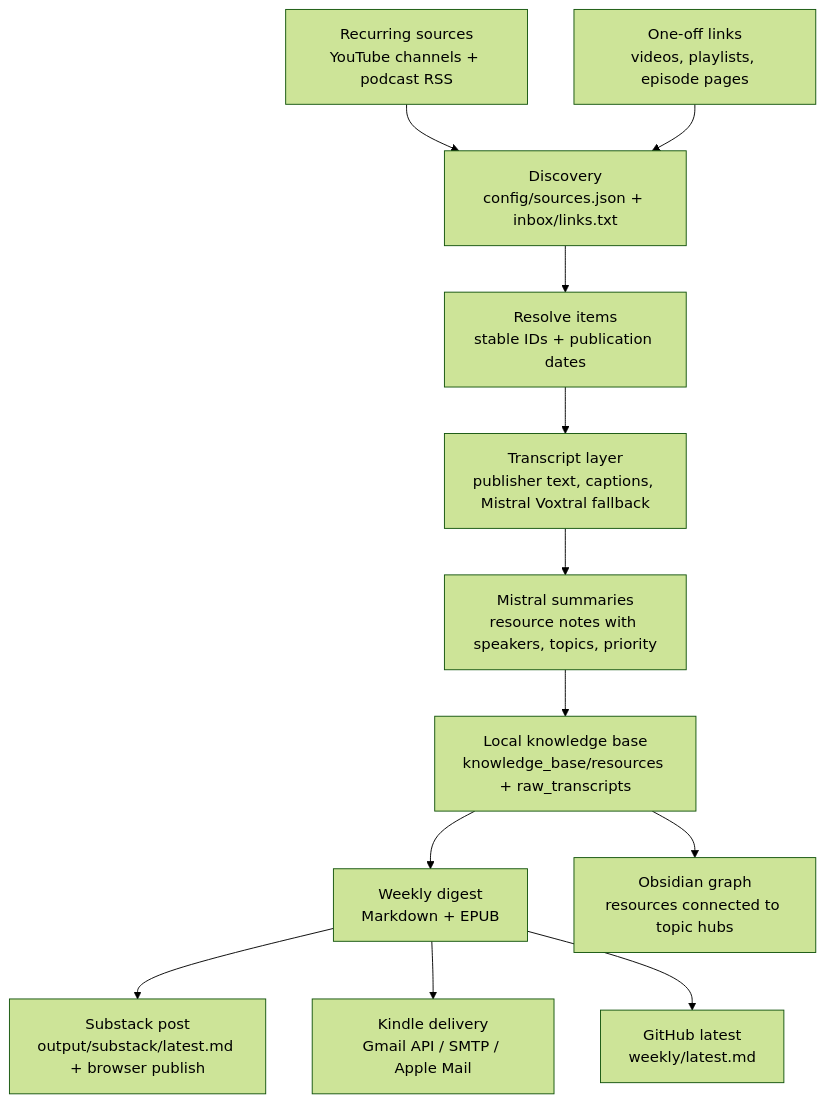
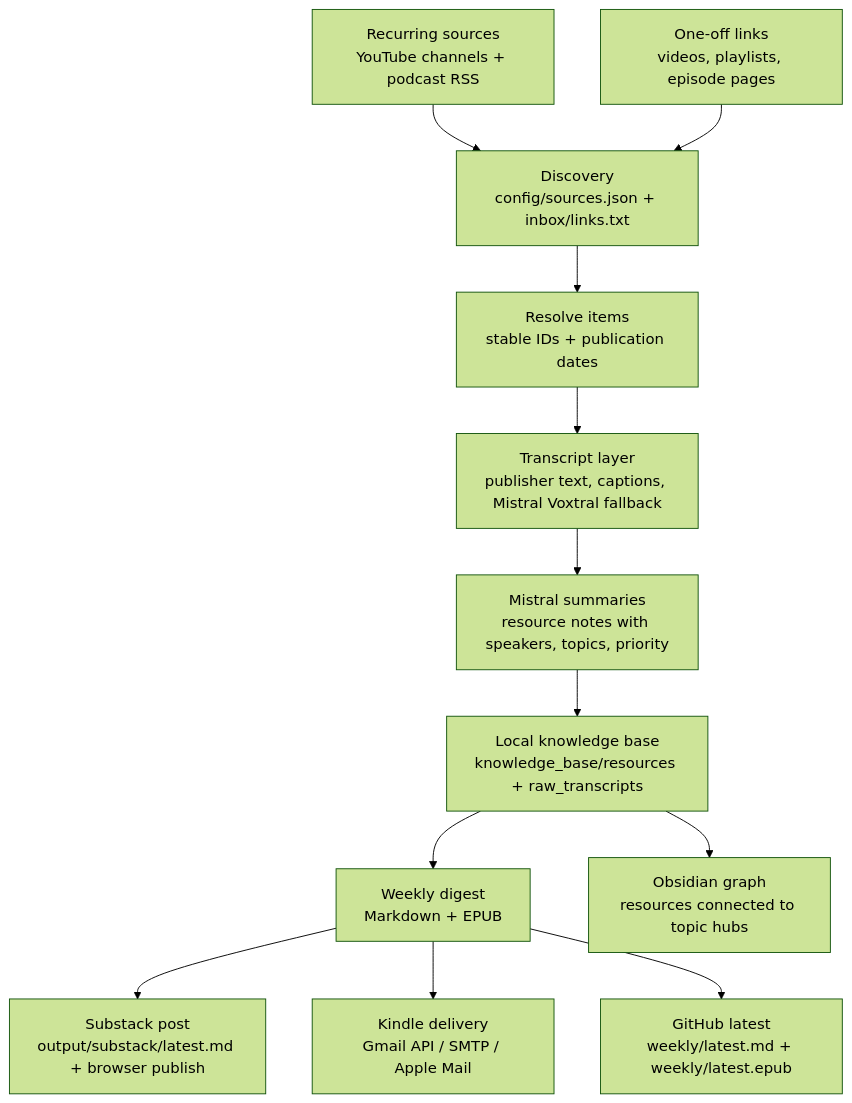
The diagram in README.md (sophiamyang/ai-weekly-reads), drawn with Mermaid (forest theme) before and after one commit. The commit also changed other lines of this file and 7 other files, not shown here.

Commit message:
Track latest weekly EPUB

````diff
--- a/README.md
+++ b/README.md
@@ -42,14 +43,14 @@
 ```mermaid
 flowchart TD
     A["Recurring sources\nYouTube channels + podcast RSS"] --> C["Discovery\nconfig/sources.json + inbox/links.txt"]
     B["One-off links\nvideos, playlists, episode pages"] --> C
     C --> D["Resolve items\nstable IDs + publication dates"]
     D --> E["Transcript layer\npublisher text, captions, Mistral Voxtral fallback"]
     E --> F["Mistral summaries\nresource notes with speakers, topics, priority"]
     F --> G["Local knowledge base\nknowledge_base/resources + raw_transcripts"]
     G --> H["Weekly digest\nMarkdown + EPUB"]
     H --> I["Substack post\noutput/substack/latest.md + browser publish"]
     H --> J["Kindle delivery\nGmail API / SMTP / Apple Mail"]
-    H --> K["GitHub latest\nweekly/latest.md"]
+    H --> K["GitHub latest\nweekly/latest.md + weekly/latest.epub"]
     G --> L["Obsidian graph\nresources connected to topic hubs"]
 ```
````
